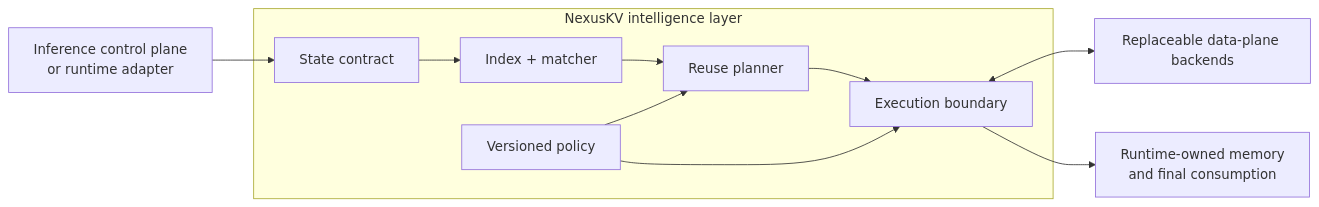
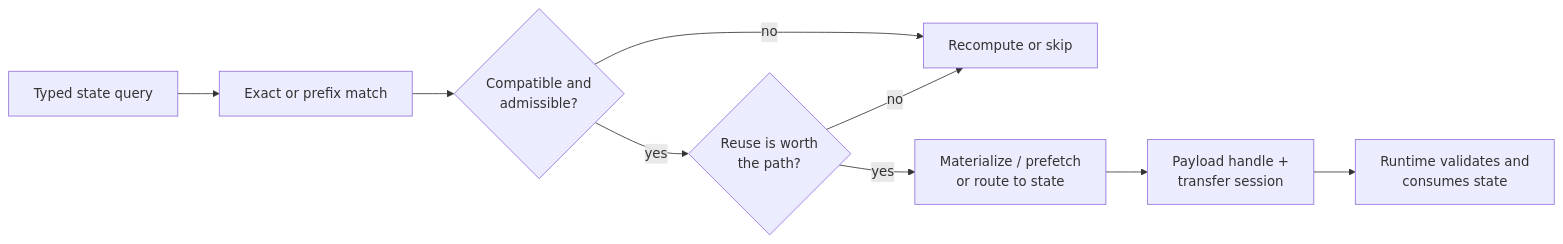
One commit to imReese/NexusKV changed the diagram in README.md. Above: the diagram before and after it, drawn with Mermaid. The commit also changed other lines of this file and 2 other files, not shown here.

````diff
--- a/README.md
+++ b/README.md
@@ -65,23 +72,17 @@
-```mermaid
+~~~mermaid
 flowchart LR
-    caller["Inference control plane<br/>or runtime adapter"]
+    query["Typed state query"]
+    match["Exact or prefix match"]
+    check{"Compatible and<br/>admissible?"}
+    plan{"Reuse is worth<br/>the path?"}
+    action["Materialize / prefetch<br/>or route to state"]
+    fallback["Recompute or skip"]
+    receipt["Payload handle +<br/>transfer session"]
+    runtime["Runtime validates and<br/>consumes state"]
 
-    subgraph nexus["NexusKV intelligence layer"]
-        contract["State contract"]
-        matcher["Index + matcher"]
-        planner["Reuse planner"]
-        execution["Execution boundary"]
-        policy["Versioned policy"]
-
-        contract --> matcher --> planner --> execution
-        policy --> planner
-        policy --> execution
-    end
-
-    backends["Replaceable data-plane backends"]
-    runtime["Runtime-owned memory<br/>and final consumption"]
-
-    caller --> contract
-    execution <--> backends
-    execution --> runtime
-```
+    query --> match --> check
+    check -- no --> fallback
+    check -- yes --> plan
+    plan -- no --> fallback
+    plan -- yes --> action --> receipt --> runtime
+~~~
````
